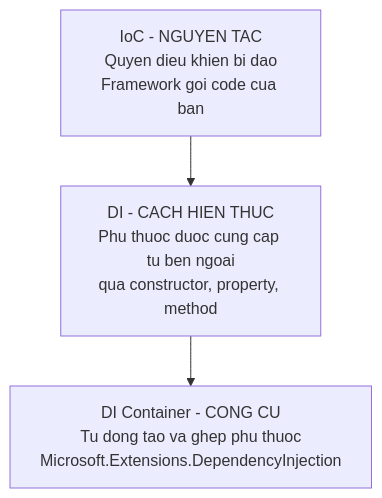
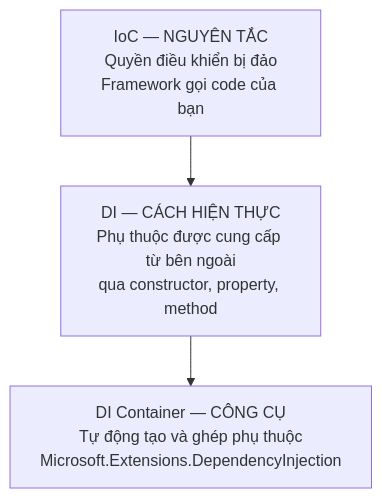
One commit to TienNHM/tiennhm.github.io changed the diagram in docs/09-dotnet-backend-zero-to-senior/stage-02-csharp-professional/module-07-dependency-injection/7.2-ioc-container-and-di-container.mdx. Above: the diagram before and after it, drawn with Mermaid. The commit also changed other lines of this file and 11 other files, not shown here.

````diff
--- a/docs/09-dotnet-backend-zero-to-senior/stage-02-csharp-professional/module-07-dependency-injection/7.2-ioc-container-and-di-container.mdx
+++ b/docs/09-dotnet-backend-zero-to-senior/stage-02-csharp-professional/module-07-dependency-injection/7.2-ioc-container-and-di-container.mdx
@@ -28,7 +28,7 @@
 ```mermaid
 flowchart TB
-    A["IoC - NGUYEN TAC<br/>Quyen dieu khien bi dao<br/>Framework goi code cua ban"]
-    B["DI - CACH HIEN THUC<br/>Phu thuoc duoc cung cap tu ben ngoai<br/>qua constructor, property, method"]
-    C["DI Container - CONG CU<br/>Tu dong tao va ghep phu thuoc<br/>Microsoft.Extensions.DependencyInjection"]
+    A["IoC — NGUYÊN TẮC<br/>Quyền điều khiển bị đảo<br/>Framework gọi code của bạn"]
+    B["DI — CÁCH HIỆN THỰC<br/>Phụ thuộc được cung cấp từ bên ngoài<br/>qua constructor, property, method"]
+    C["DI Container — CÔNG CỤ<br/>Tự động tạo và ghép phụ thuộc<br/>Microsoft.Extensions.DependencyInjection"]
     A --> B --> C
 ```
````
